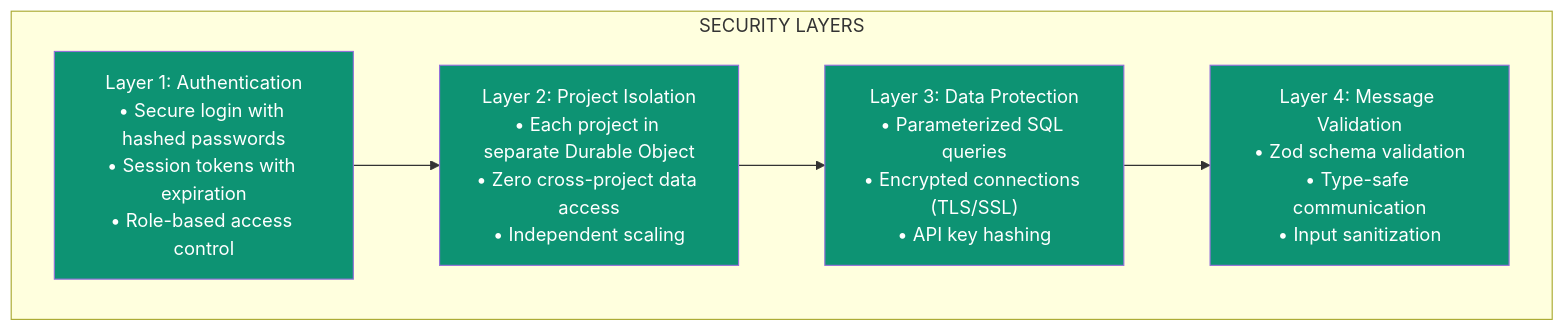
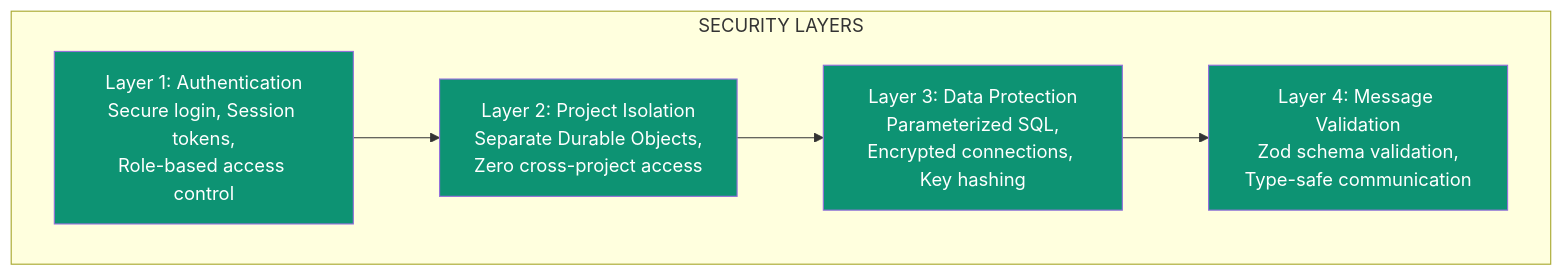
Before and after one commit to ashishsuperatom/tech-docs: the second of 2 diagrams in security/overview.mdx, drawn with Mermaid. The commit also changed 115 other files, not shown here.

First line of the commit message:
Fix Mermaid diagrams and update documentation

````diff
--- a/security/overview.mdx
+++ b/security/overview.mdx
@@ -75,19 +75,19 @@
 ```mermaid
 flowchart TB
     subgraph LAYERS["SECURITY LAYERS"]
-        L1["Layer 1: Authentication\n• Secure login with hashed passwords\n• Session tokens with expiration\n• Role-based access control"]
+        L1["Layer 1: Authentication<br>Secure login, Session tokens,<br>Role-based access control"]
 
-        L2["Layer 2: Project Isolation\n• Each project in separate Durable Object\n• Zero cross-project data access\n• Independent scaling"]
+        L2["Layer 2: Project Isolation<br>Separate Durable Objects,<br>Zero cross-project access"]
 
-        L3["Layer 3: Data Protection\n• Parameterized SQL queries\n• Encrypted connections (TLS/SSL)\n• API key hashing"]
+        L3["Layer 3: Data Protection<br>Parameterized SQL,<br>Encrypted connections, Key hashing"]
 
-        L4["Layer 4: Message Validation\n• Zod schema validation\n• Type-safe communication\n• Input sanitization"]
+        L4["Layer 4: Message Validation<br>Zod schema validation,<br>Type-safe communication"]
     end
 
     L1 --> L2 --> L3 --> L4
 
     style L1 fill:#0D9373,color:#fff
     style L2 fill:#0D9373,color:#fff
     style L3 fill:#0D9373,color:#fff
     style L4 fill:#0D9373,color:#fff
 ```
````
